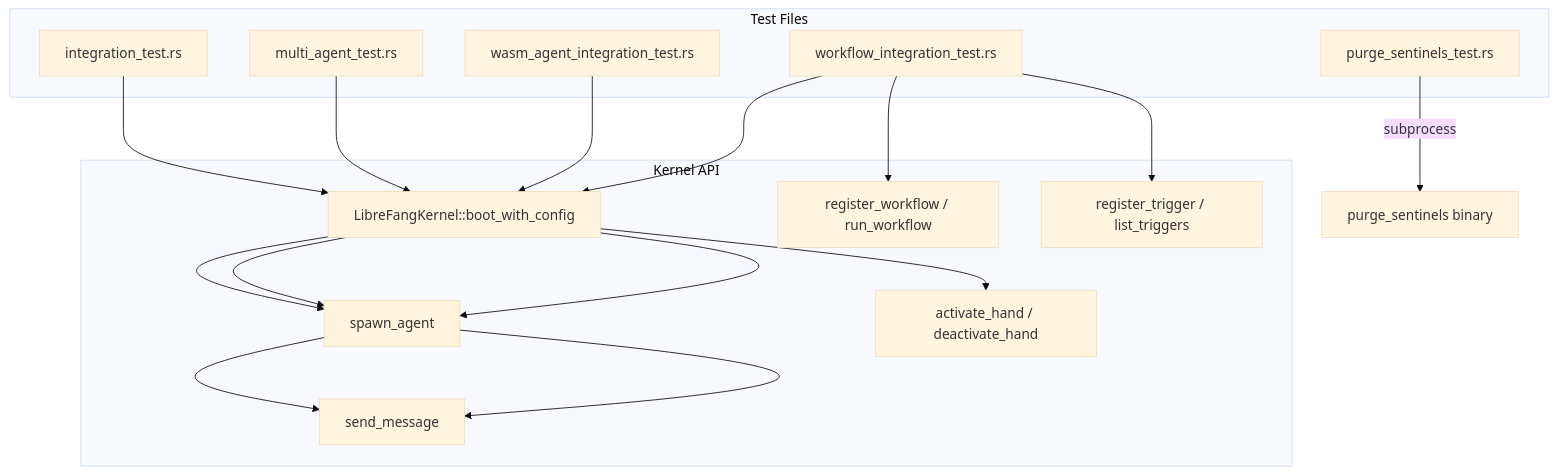
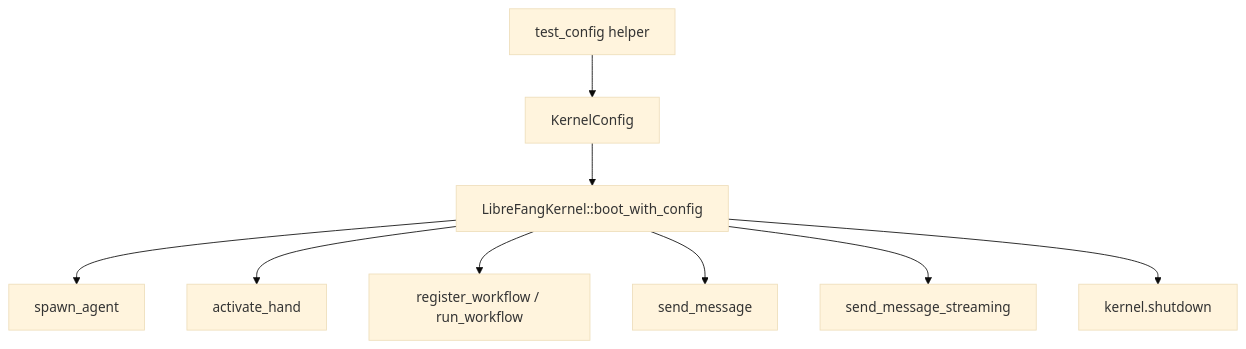
The diagram in other-librefang-kernel-tests.md (leszek3737/librefang-WIki), drawn with Mermaid (base theme) before and after one commit. The commit also changed other lines of this file and 120 other files, not shown here.

````diff
--- a/other-librefang-kernel-tests.md
+++ b/other-librefang-kernel-tests.md
@@ -41,27 +33,11 @@
 ```mermaid
 graph TD
-    subgraph Test Files
-        IT[integration_test.rs]
-        MA[multi_agent_test.rs]
-        WA[wasm_agent_integration_test.rs]
-        WF[workflow_integration_test.rs]
-        PS[purge_sentinels_test.rs]
-    end
-
-    subgraph Kernel API
-        KB[LibreFangKernel::boot_with_config]
-        SA[spawn_agent]
-        SM[send_message]
-        AH[activate_hand / deactivate_hand]
-        RW[register_workflow / run_workflow]
-        RT[register_trigger / list_triggers]
-    end
-
-    IT --> KB --> SA --> SM
-    MA --> KB --> AH
-    WA --> KB --> SA --> SM
-    WF --> KB --> SA
-    WF --> RW
-    WF --> RT
-    PS -->|subprocess| BIN[purge_sentinels binary]
+    TC[test_config helper] --> KC[KernelConfig]
+    KC --> BK[LibreFangKernel::boot_with_config]
+    BK --> SA[spawn_agent]
+    BK --> AH[activate_hand]
+    BK --> RW[register_workflow / run_workflow]
+    BK --> SM[send_message]
+    BK --> SM2[send_message_streaming]
+    BK --> SD[kernel.shutdown]
 ```
````
